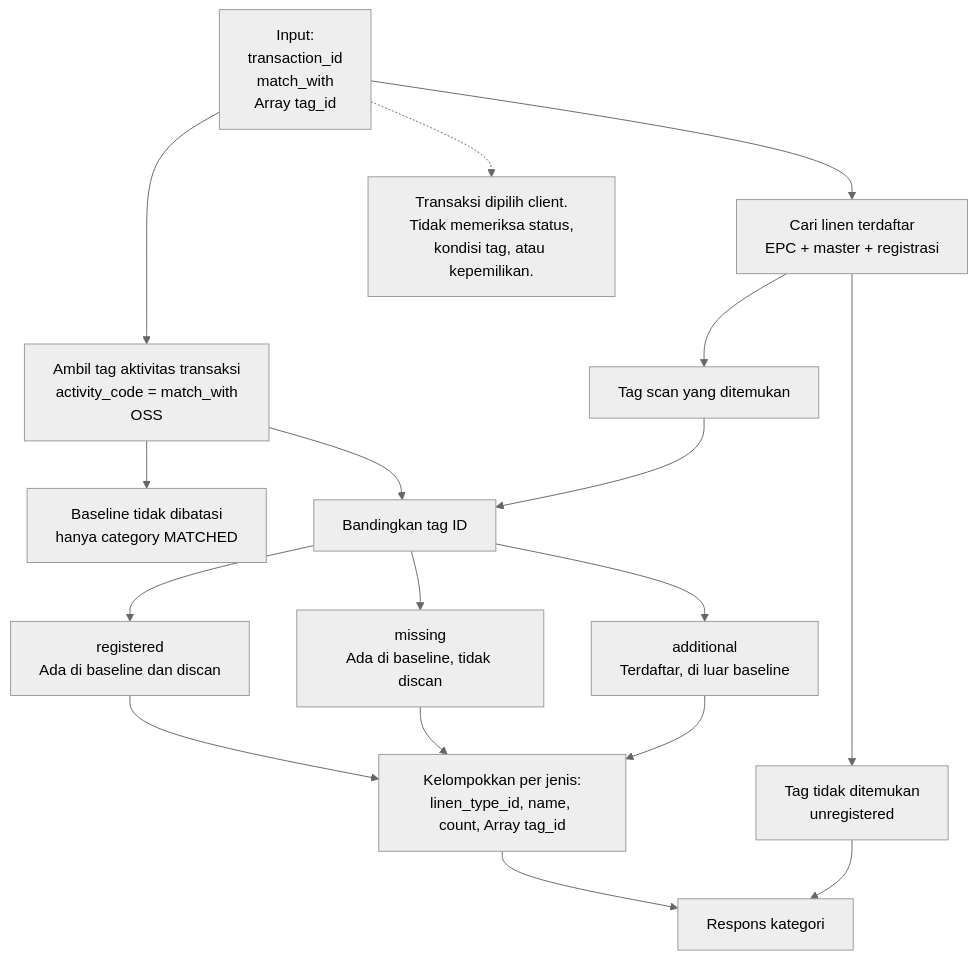
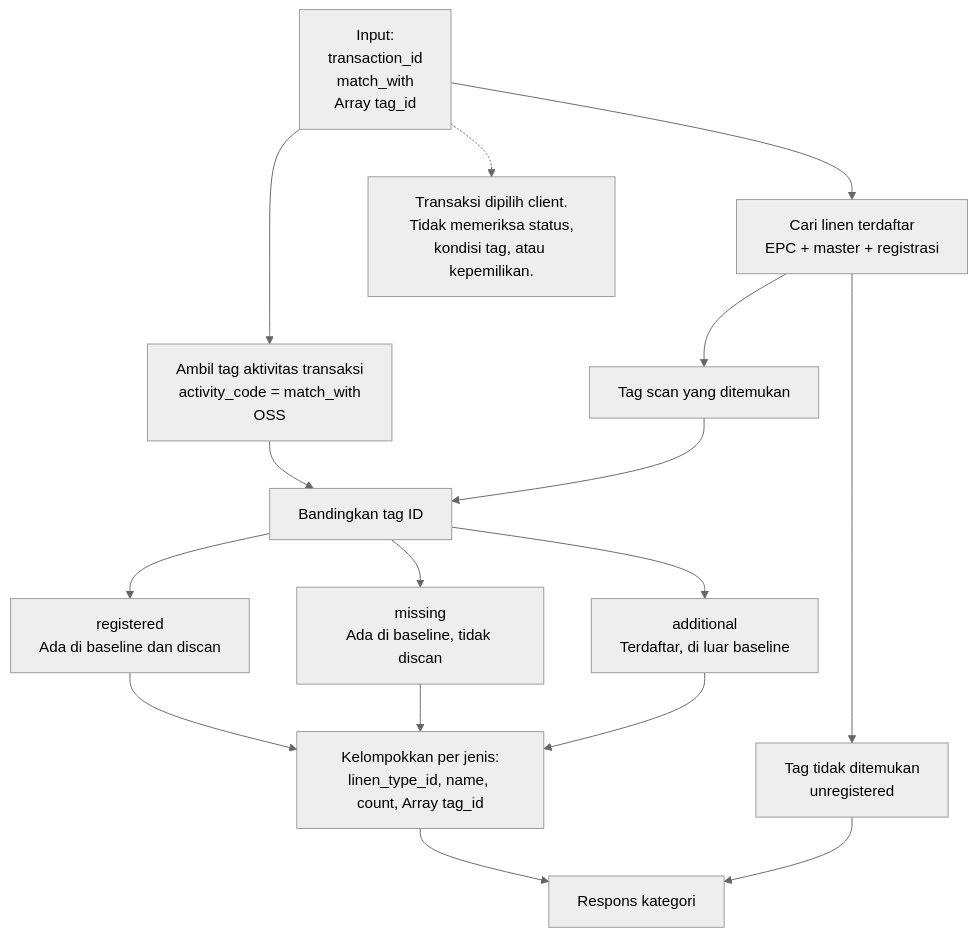
Before and after one commit to bagaskrmn/bac-flow-laundry: the first of 2 diagrams in laundry-activities/driver-pickup-soil.md, drawn with Mermaid (neutral theme). The commit also changed other lines of this file, not shown here.

````diff
--- a/laundry-activities/driver-pickup-soil.md
+++ b/laundry-activities/driver-pickup-soil.md
@@ -3,25 +3,24 @@
 ```mermaid
 flowchart TD
     N_IN["Input:<br/>transaction_id<br/>match_with<br/>Array tag_id"]
 
     N_IN --> N_MASTER["Cari linen terdaftar<br/>EPC + master + registrasi"]
     N_MASTER --> N_REGISTERED["Tag scan yang ditemukan"]
     N_MASTER --> N_UNREG["Tag tidak ditemukan<br/>unregistered"]
 
     N_IN --> N_BASE["Ambil tag aktivitas transaksi<br/>activity_code = match_with<br/>OSS"]
-    N_BASE --> N_NOTE["Baseline tidak dibatasi<br/>hanya category MATCHED"]
     N_BASE --> N_COMP["Bandingkan tag ID"]
     N_REGISTERED --> N_COMP
 
     N_COMP --> N_MATCH["registered<br/>Ada di baseline dan discan"]
     N_COMP --> N_MISS["missing<br/>Ada di baseline, tidak discan"]
     N_COMP --> N_ADD["additional<br/>Terdaftar, di luar baseline"]
 
     N_MATCH --> N_GROUP["Kelompokkan per jenis:<br/>linen_type_id, name, count, Array tag_id"]
     N_MISS --> N_GROUP
     N_ADD --> N_GROUP
     N_GROUP --> N_RES["Respons kategori"]
     N_UNREG --> N_RES
 
     N_IN -.-> N_RULE["Transaksi dipilih client.<br/>Tidak memeriksa status,<br/>kondisi tag, atau kepemilikan."]
 ```
````
